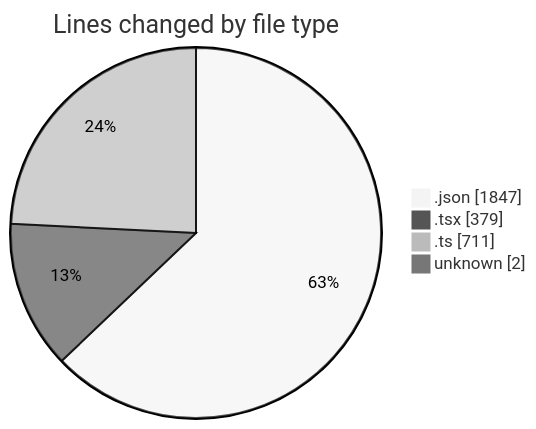
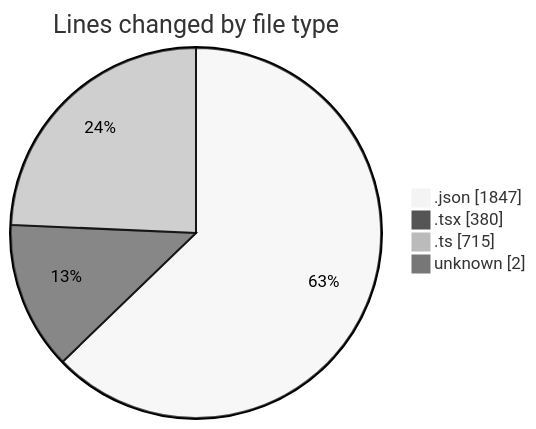
The first of 2 diagrams in 2025-11-19/eventscop-frontend-guide__workspace_/README.md (julien-gomy/code-tracking), drawn with Mermaid (neutral theme) before and after one commit. The commit also changed other lines of this file and 1 other file, not shown here.

````diff
--- a/2025-11-19/eventscop-frontend-guide__workspace_/README.md
+++ b/2025-11-19/eventscop-frontend-guide__workspace_/README.md
@@ -40,8 +40,8 @@
 ```mermaid
 pie showData
 title Lines changed by file type
 ".json" : 1847
-".tsx" : 379
-".ts" : 711
+".tsx" : 380
+".ts" : 715
 "unknown" : 2
 ```
````
